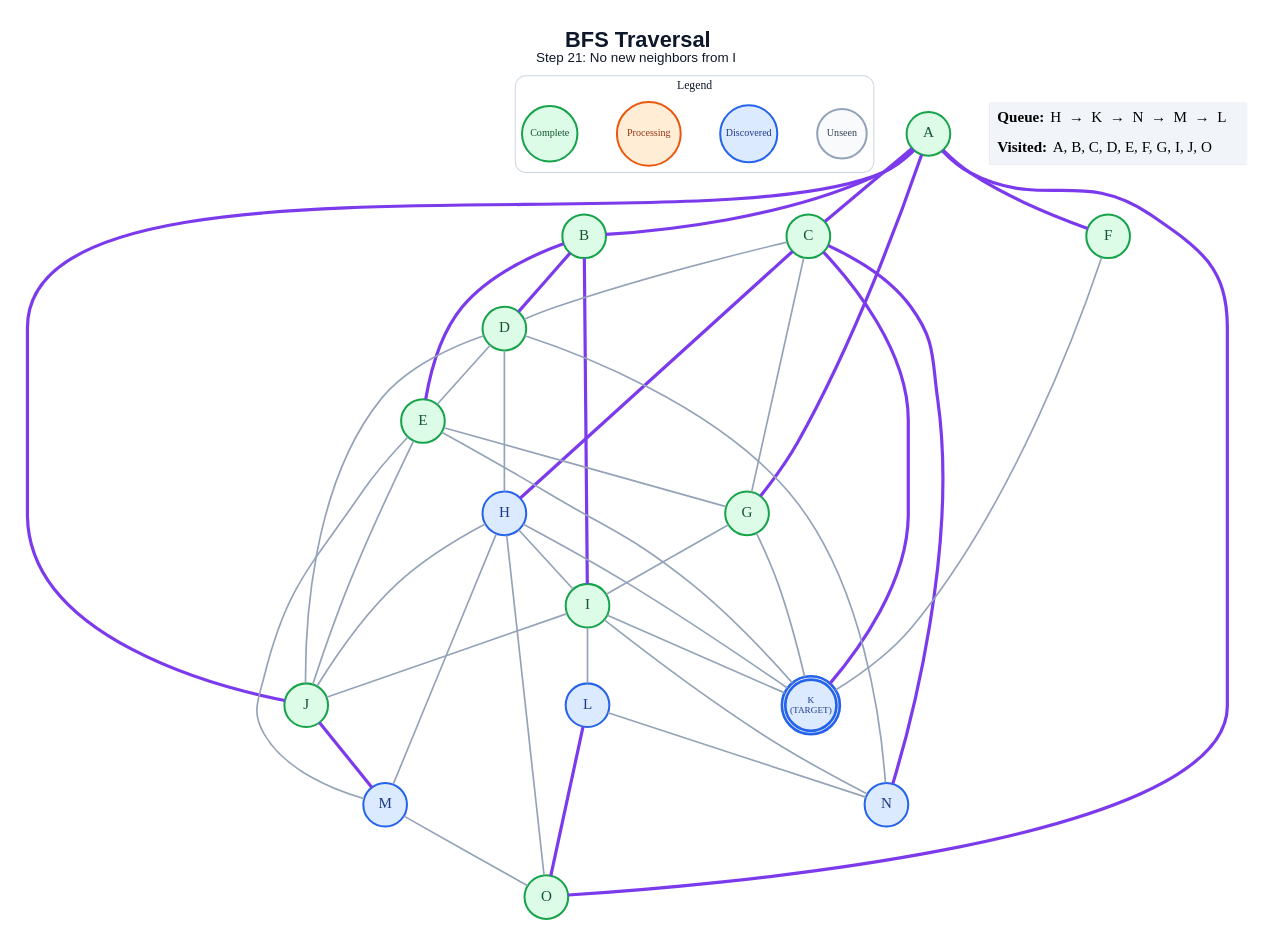
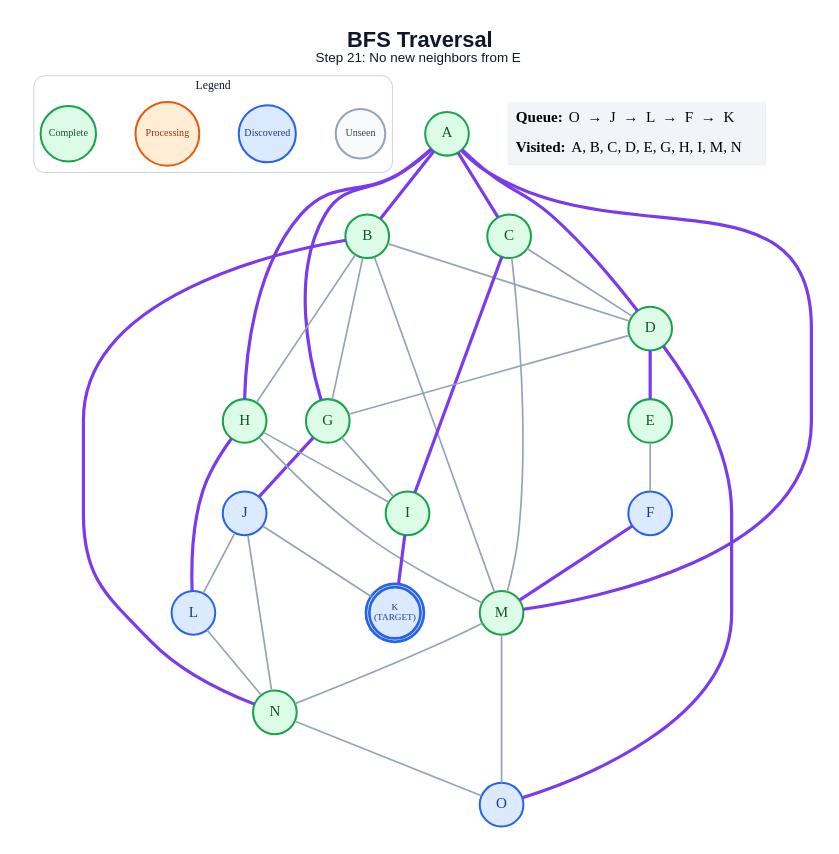
Before and after one commit to anon7238593-create/ai-slop: the diagram in generated/specific-node/bfs/step_21.dot, drawn with Graphviz. The commit also changed 242 other files, not shown here.

```diff
--- a/generated/specific-node/bfs/step_21.dot
+++ b/generated/specific-node/bfs/step_21.dot
@@ -1,72 +1,66 @@
 graph traversal {
   graph [layout=dot, rankdir=TB, bgcolor="#FFFFFF", pad="0.35", nodesep="0.65", ranksep="0.8", fontname="Arial"];
   node [shape=circle, style="filled", fontname="Arial Bold", fontsize=18, width=0.72, fixedsize=true, penwidth=2.4];
   edge [color="#94A3B8", penwidth=2.0];
-  label=<<B>BFS Traversal</B><BR/><FONT POINT-SIZE="16">Step 21: No new neighbors from I</FONT>>; labelloc="t"; fontsize=26; fontname="Arial"; fontcolor="#0F172A";
+  label=<<B>BFS Traversal</B><BR/><FONT POINT-SIZE="16">Step 21: No new neighbors from E</FONT>>; labelloc="t"; fontsize=26; fontname="Arial"; fontcolor="#0F172A";
   subgraph cluster_legend { label="Legend"; color="#CBD5E1"; penwidth=1.2; style="rounded"; fontsize=14; fontname="Arial Bold";
     key_unseen [label="Unseen", fillcolor="#F8FAFC", color="#94A3B8", fontcolor="#334155", fontsize=12, width=0.82];
     key_frontier [label="Discovered", fillcolor="#DBEAFE", color="#2563EB", fontcolor="#1E3A8A", fontsize=12, width=0.95];
     key_current [label="Processing", fillcolor="#FFEDD5", color="#EA580C", fontcolor="#9A3412", fontsize=12, width=1.05];
     key_done [label="Complete", fillcolor="#DCFCE7", color="#16A34A", fontcolor="#14532D", fontsize=12, width=0.92];
     { rank=same; key_unseen; key_frontier; key_current; key_done; }
   }
   A [label="A", fillcolor="#DCFCE7", color="#16A34A", fontcolor="#14532D", peripheries=1, penwidth=2.4];
   B [label="B", fillcolor="#DCFCE7", color="#16A34A", fontcolor="#14532D", peripheries=1, penwidth=2.4];
   C [label="C", fillcolor="#DCFCE7", color="#16A34A", fontcolor="#14532D", peripheries=1, penwidth=2.4];
   D [label="D", fillcolor="#DCFCE7", color="#16A34A", fontcolor="#14532D", peripheries=1, penwidth=2.4];
   E [label="E", fillcolor="#DCFCE7", color="#16A34A", fontcolor="#14532D", peripheries=1, penwidth=2.4];
-  F [label="F", fillcolor="#DCFCE7", color="#16A34A", fontcolor="#14532D", peripheries=1, penwidth=2.4];
+  F [label="F", fillcolor="#DBEAFE", color="#2563EB", fontcolor="#1E3A8A", peripheries=1, penwidth=2.4];
   G [label="G", fillcolor="#DCFCE7", color="#16A34A", fontcolor="#14532D", peripheries=1, penwidth=2.4];
-  H [label="H", fillcolor="#DBEAFE", color="#2563EB", fontcolor="#1E3A8A", peripheries=1, penwidth=2.4];
+  H [label="H", fillcolor="#DCFCE7", color="#16A34A", fontcolor="#14532D", peripheries=1, penwidth=2.4];
   I [label="I", fillcolor="#DCFCE7", color="#16A34A", fontcolor="#14532D", peripheries=1, penwidth=2.4];
-  J [label="J", fillcolor="#DCFCE7", color="#16A34A", fontcolor="#14532D", peripheries=1, penwidth=2.4];
+  J [label="J", fillcolor="#DBEAFE", color="#2563EB", fontcolor="#1E3A8A", peripheries=1, penwidth=2.4];
   K [label="K\n(TARGET)", fillcolor="#DBEAFE", color="#2563EB", fontcolor="#1E3A8A", peripheries=2, penwidth=3.2, fontsize=11, width=0.85, height=0.85];
   L [label="L", fillcolor="#DBEAFE", color="#2563EB", fontcolor="#1E3A8A", peripheries=1, penwidth=2.4];
-  M [label="M", fillcolor="#DBEAFE", color="#2563EB", fontcolor="#1E3A8A", peripheries=1, penwidth=2.4];
-  N [label="N", fillcolor="#DBEAFE", color="#2563EB", fontcolor="#1E3A8A", peripheries=1, penwidth=2.4];
-  O [label="O", fillcolor="#DCFCE7", color="#16A34A", fontcolor="#14532D", peripheries=1, penwidth=2.4];
+  M [label="M", fillcolor="#DCFCE7", color="#16A34A", fontcolor="#14532D", peripheries=1, penwidth=2.4];
+  N [label="N", fillcolor="#DCFCE7", color="#16A34A", fontcolor="#14532D", peripheries=1, penwidth=2.4];
+  O [label="O", fillcolor="#DBEAFE", color="#2563EB", fontcolor="#1E3A8A", peripheries=1, penwidth=2.4];
   A -- B [color="#7C3AED", penwidth=3.8];
   A -- C [color="#7C3AED", penwidth=3.8];
-  A -- F [color="#7C3AED", penwidth=3.8];
+  A -- D [color="#7C3AED", penwidth=3.8];
   A -- G [color="#7C3AED", penwidth=3.8];
-  A -- J [color="#7C3AED", penwidth=3.8];
-  A -- O [color="#7C3AED", penwidth=3.8];
-  B -- D [color="#7C3AED", penwidth=3.8];
-  B -- E [color="#7C3AED", penwidth=3.8];
-  B -- I [color="#7C3AED", penwidth=3.8];
+  A -- H [color="#7C3AED", penwidth=3.8];
+  A -- M [color="#7C3AED", penwidth=3.8];
+  B -- D;
+  B -- G;
+  B -- H;
+  B -- M;
+  B -- N [color="#7C3AED", penwidth=3.8];
   C -- D;
-  C -- G;
-  C -- H [color="#7C3AED", penwidth=3.8];
-  C -- K [color="#7C3AED", penwidth=3.8];
-  C -- N [color="#7C3AED", penwidth=3.8];
-  D -- E;
-  D -- H;
-  D -- J;
-  D -- N;
-  E -- G;
-  E -- J;
-  E -- K;
-  E -- M;
-  F -- K;
+  C -- I [color="#7C3AED", penwidth=3.8];
+  C -- M;
+  D -- E [color="#7C3AED", penwidth=3.8];
+  D -- G;
+  D -- O [color="#7C3AED", penwidth=3.8];
+  E -- F;
+  F -- M [color="#7C3AED", penwidth=3.8];
   G -- I;
-  G -- K;
+  G -- J [color="#7C3AED", penwidth=3.8];
   H -- I;
-  H -- J;
-  H -- K;
+  H -- L [color="#7C3AED", penwidth=3.8];
   H -- M;
-  H -- O;
-  I -- J;
-  I -- K;
-  I -- L;
-  I -- N;
-  J -- M [color="#7C3AED", penwidth=3.8];
+  I -- K [color="#7C3AED", penwidth=3.8];
+  J -- K;
+  J -- L;
+  J -- N;
   L -- N;
-  L -- O [color="#7C3AED", penwidth=3.8];
+  M -- N;
   M -- O;
+  N -- O;
   status [shape=plain, fixedsize=false, width=0, height=0, margin=0, label=<
     <TABLE BORDER="0" CELLBORDER="0" CELLPADDING="7" BGCOLOR="#F1F5F9">
-      <TR><TD ALIGN="LEFT"><B>Queue:</B> H  →  K  →  N  →  M  →  L</TD></TR>
-      <TR><TD ALIGN="LEFT"><B>Visited:</B> A, B, C, D, E, F, G, I, J, O</TD></TR>
+      <TR><TD ALIGN="LEFT"><B>Queue:</B> O  →  J  →  L  →  F  →  K</TD></TR>
+      <TR><TD ALIGN="LEFT"><B>Visited:</B> A, B, C, D, E, G, H, I, M, N</TD></TR>
     </TABLE>
   >];
 }
```
